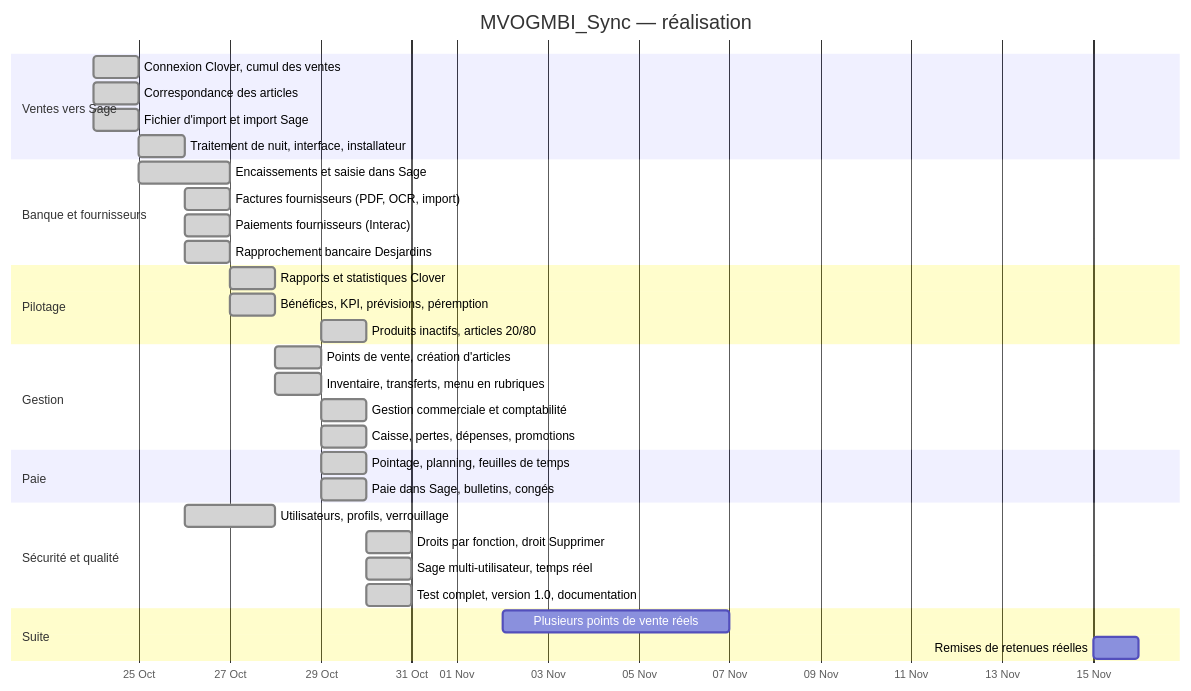
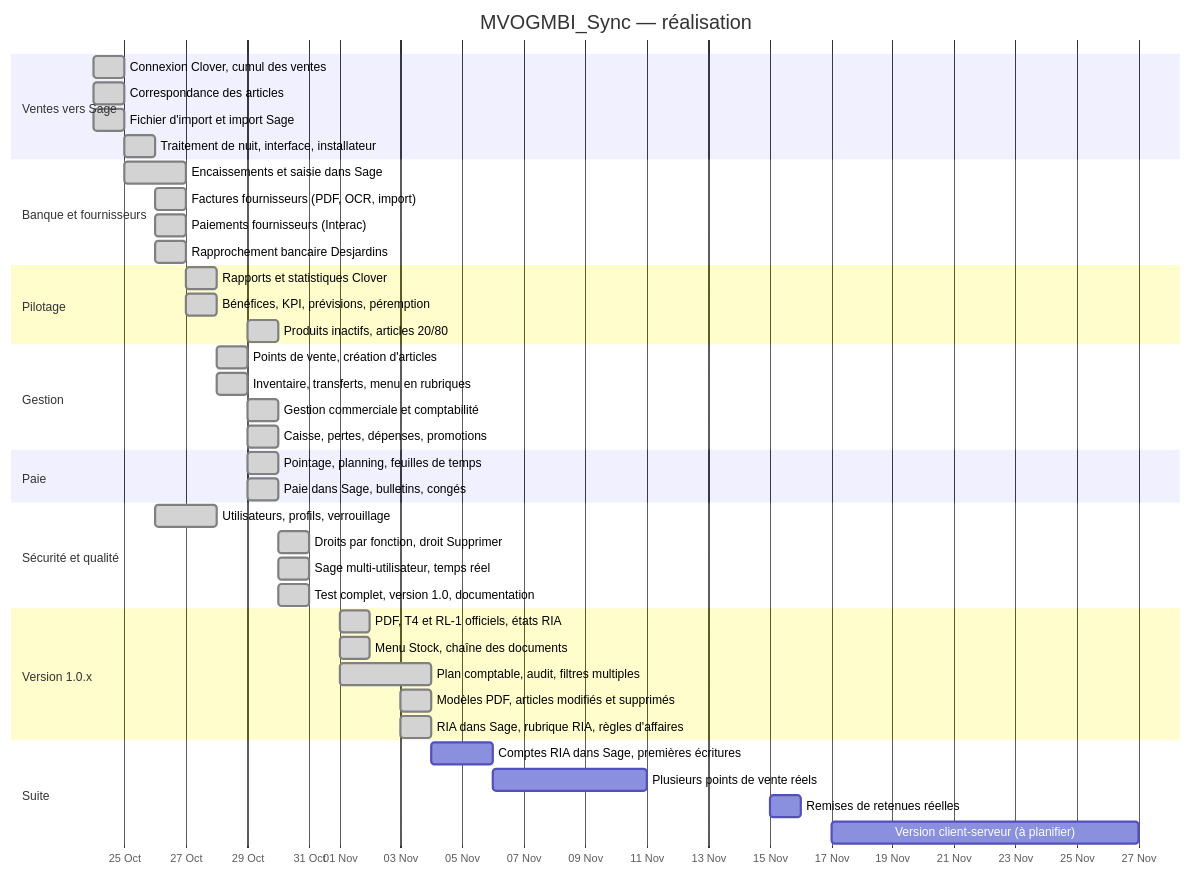
Before and after one commit to mteingueng-dot/MVOGMBI_Sync_2026.1: the first of 2 diagrams in documentation/PROJET.md, drawn with Mermaid. The commit also changed other lines of this file and 27 other files, not shown here.

First line of the commit message:
Versions 1.0.10 et 1.0.11 : rubrique RIA, règles d'affaires, documentation à jour

````diff
--- a/documentation/PROJET.md
+++ b/documentation/PROJET.md
@@ -9,36 +9,44 @@
 ```mermaid
 gantt
     title MVOGMBI_Sync — réalisation
     dateFormat YYYY-MM-DD
     axisFormat %d %b
     section Ventes vers Sage
     Connexion Clover, cumul des ventes          :done, a1, 2026-10-24, 1d
     Correspondance des articles                 :done, a2, 2026-10-24, 1d
     Fichier d'import et import Sage             :done, a3, 2026-10-24, 1d
     Traitement de nuit, interface, installateur :done, a4, 2026-10-25, 1d
     section Banque et fournisseurs
     Encaissements et saisie dans Sage           :done, b1, 2026-10-25, 2d
     Factures fournisseurs (PDF, OCR, import)    :done, b2, 2026-10-26, 1d
     Paiements fournisseurs (Interac)            :done, b3, 2026-10-26, 1d
     Rapprochement bancaire Desjardins           :done, b4, 2026-10-26, 1d
     section Pilotage
     Rapports et statistiques Clover             :done, c1, 2026-10-27, 1d
     Bénéfices, KPI, prévisions, péremption      :done, c2, 2026-10-27, 1d
     Produits inactifs, articles 20/80           :done, c3, 2026-10-29, 1d
     section Gestion
     Points de vente, création d'articles        :done, d1, 2026-10-28, 1d
     Inventaire, transferts, menu en rubriques   :done, d2, 2026-10-28, 1d
     Gestion commerciale et comptabilité         :done, d3, 2026-10-29, 1d
     Caisse, pertes, dépenses, promotions        :done, d4, 2026-10-29, 1d
     section Paie
     Pointage, planning, feuilles de temps       :done, e1, 2026-10-29, 1d
     Paie dans Sage, bulletins, congés           :done, e2, 2026-10-29, 1d
     section Sécurité et qualité
     Utilisateurs, profils, verrouillage         :done, f1, 2026-10-26, 2d
     Droits par fonction, droit Supprimer        :done, f2, 2026-10-30, 1d
     Sage multi-utilisateur, temps réel          :done, f3, 2026-10-30, 1d
     Test complet, version 1.0, documentation    :done, f4, 2026-10-30, 1d
+    section Version 1.0.x
+    PDF, T4 et RL-1 officiels, états RIA        :done, h1, 2026-11-01, 1d
+    Menu Stock, chaîne des documents            :done, h2, 2026-11-01, 1d
+    Plan comptable, audit, filtres multiples    :done, h3, 2026-11-01, 3d
+    Modèles PDF, articles modifiés et supprimés :done, h4, 2026-11-03, 1d
+    RIA dans Sage, rubrique RIA, règles d'affaires :done, h5, 2026-11-03, 1d
     section Suite
-    Plusieurs points de vente réels             :g1, 2026-11-02, 5d
+    Comptes RIA dans Sage, premières écritures  :g0, 2026-11-04, 2d
+    Plusieurs points de vente réels             :g1, 2026-11-06, 5d
     Remises de retenues réelles                 :g2, 2026-11-15, 1d
+    Version client-serveur (à planifier)        :g3, 2026-11-17, 10d
 ```
````
